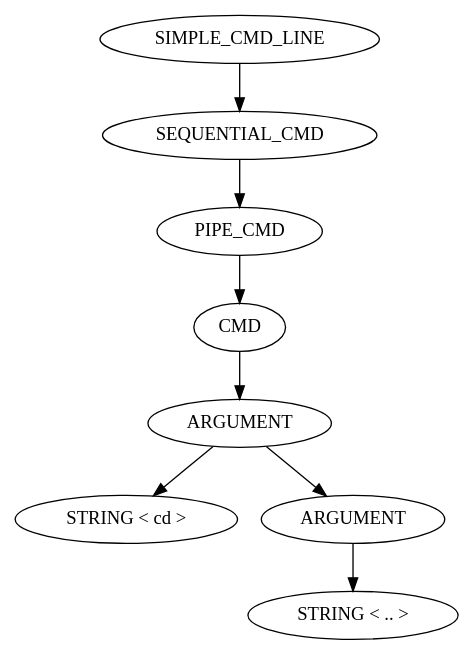
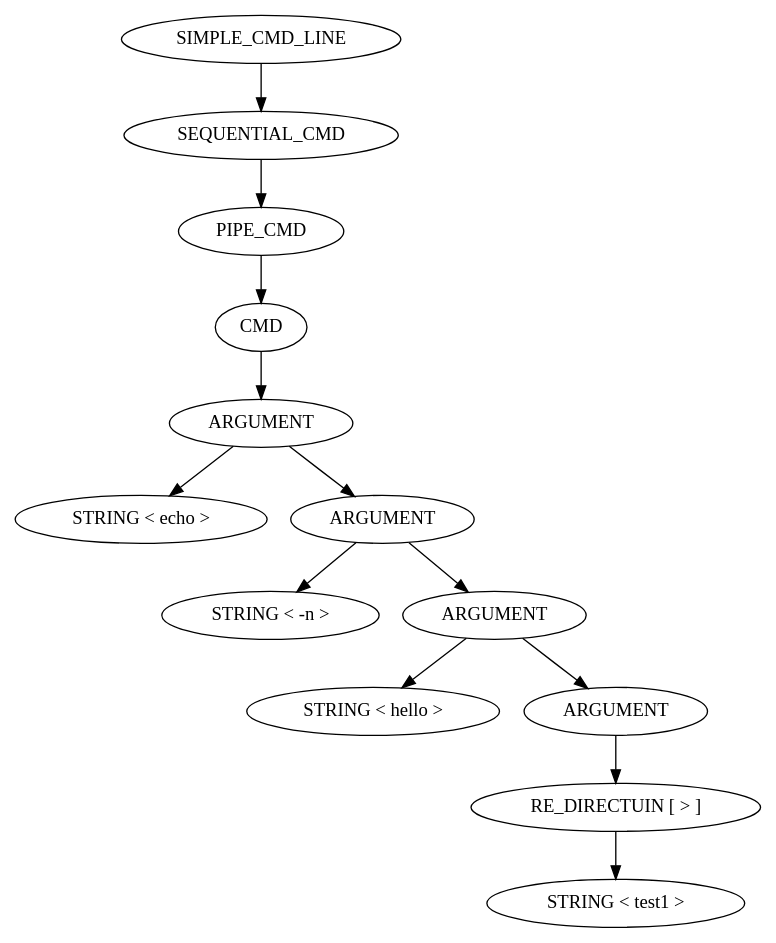
One commit to Glimbyte/exoshell changed the diagram in parser.dot. Above: the diagram before and after it, drawn with Graphviz. The commit also changed 21 other files, not shown here.

```diff
--- a/parser.dot
+++ b/parser.dot
@@ -1,17 +1,27 @@
 digraph PARSER {
-	NODE_0x128004220 [label="SIMPLE_CMD_LINE\n"];
-	NODE_0x128004220 -> NODE_0x128004200
-	NODE_0x128004200 [label="SEQUENTIAL_CMD\n"];
-	NODE_0x128004200 -> NODE_0x1280041e0
-	NODE_0x1280041e0 [label="PIPE_CMD\n"];
-	NODE_0x1280041e0 -> NODE_0x1280041c0
-	NODE_0x1280041c0 [label="CMD\n"];
-	NODE_0x1280041c0 -> NODE_0x1280041a0
-	NODE_0x1280041a0 [label="ARGUMENT\n"];
-	NODE_0x1280041a0 -> NODE_0x128004140
-	NODE_0x1280041a0 -> NODE_0x128004180
-	NODE_0x128004140 [label="STRING < cd >\n"];
-	NODE_0x128004180 [label="ARGUMENT\n"];
-	NODE_0x128004180 -> NODE_0x128004160
-	NODE_0x128004160 [label="STRING < .. >\n"];
+	NODE_0x15a904680 [label="SIMPLE_CMD_LINE\n"];
+	NODE_0x15a904680 -> NODE_0x15a904660
+	NODE_0x15a904660 [label="SEQUENTIAL_CMD\n"];
+	NODE_0x15a904660 -> NODE_0x15a904640
+	NODE_0x15a904640 [label="PIPE_CMD\n"];
+	NODE_0x15a904640 -> NODE_0x15a904620
+	NODE_0x15a904620 [label="CMD\n"];
+	NODE_0x15a904620 -> NODE_0x15a904600
+	NODE_0x15a904600 [label="ARGUMENT\n"];
+	NODE_0x15a904600 -> NODE_0x15a904500
+	NODE_0x15a904600 -> NODE_0x15a9045e0
+	NODE_0x15a904500 [label="STRING < echo >\n"];
+	NODE_0x15a9045e0 [label="ARGUMENT\n"];
+	NODE_0x15a9045e0 -> NODE_0x15a904520
+	NODE_0x15a9045e0 -> NODE_0x15a9045c0
+	NODE_0x15a904520 [label="STRING < -n >\n"];
+	NODE_0x15a9045c0 [label="ARGUMENT\n"];
+	NODE_0x15a9045c0 -> NODE_0x15a904540
+	NODE_0x15a9045c0 -> NODE_0x15a9045a0
+	NODE_0x15a904540 [label="STRING < hello >\n"];
+	NODE_0x15a9045a0 [label="ARGUMENT\n"];
+	NODE_0x15a9045a0 -> NODE_0x15a904560
+	NODE_0x15a904560 [label="RE_DIRECTUIN [ > ]\n"];
+	NODE_0x15a904560 -> NODE_0x15a904580
+	NODE_0x15a904580 [label="STRING < test1 >\n"];
 }
```
